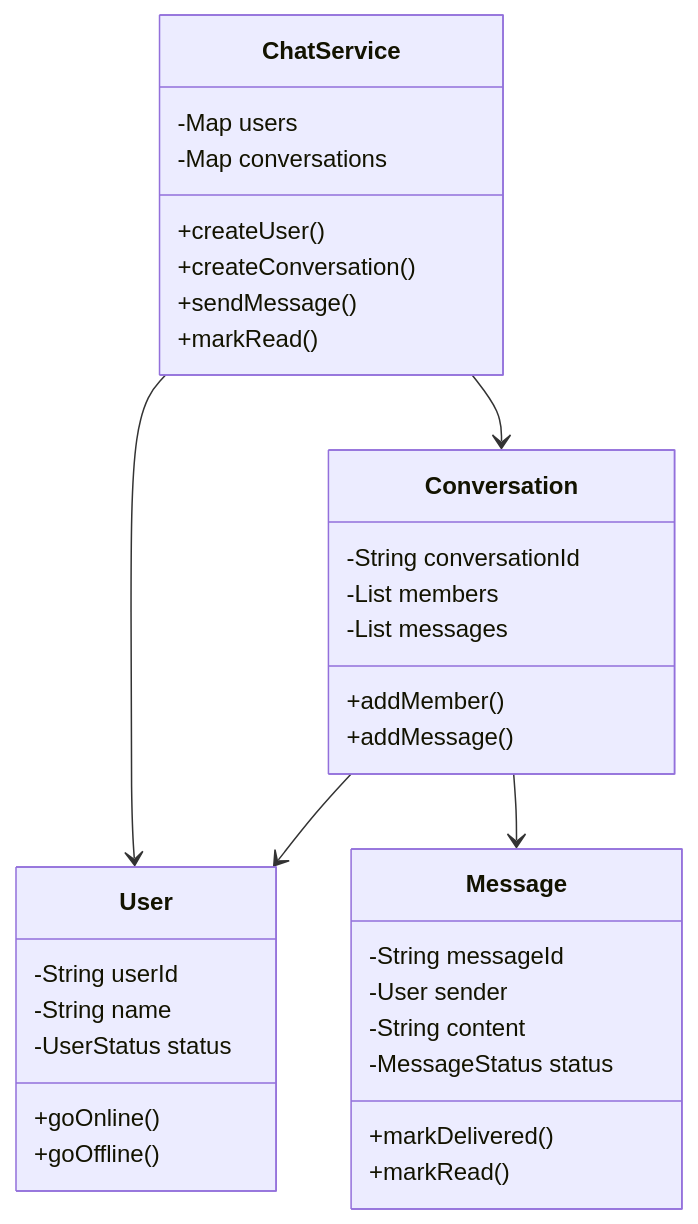
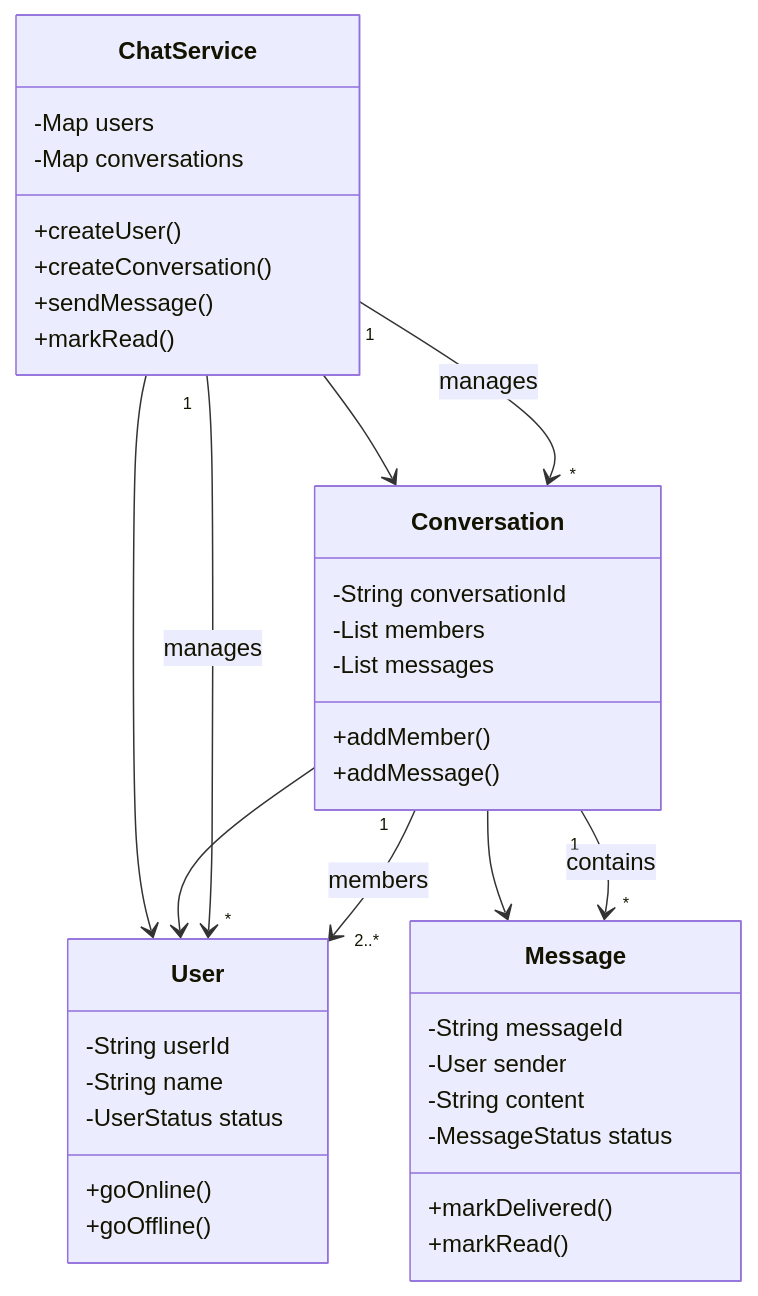
Diagram 12 of 19 in LLD_NOTES/lld_visual_java_reference_mermaid_full_implementation.md (mthaiseer/springcloud-systemdesign-notes), drawn with Mermaid before and after one commit. The commit also changed other lines of this file, not shown here.

````diff
--- a/LLD_NOTES/lld_visual_java_reference_mermaid_full_implementation.md
+++ b/LLD_NOTES/lld_visual_java_reference_mermaid_full_implementation.md
@@ -2296,37 +2659,42 @@
 ```mermaid
 classDiagram
   class ChatService {
     -Map users
     -Map conversations
     +createUser()
     +createConversation()
     +sendMessage()
     +markRead()
   }
   class User {
     -String userId
     -String name
     -UserStatus status
     +goOnline()
     +goOffline()
   }
   class Conversation {
     -String conversationId
     -List members
     -List messages
     +addMember()
     +addMessage()
   }
   class Message {
     -String messageId
     -User sender
     -String content
     -MessageStatus status
     +markDelivered()
     +markRead()
   }
   ChatService --> User
   ChatService --> Conversation
   Conversation --> User
   Conversation --> Message
+  %% Cardinality relationships
+  ChatService "1" --> "*" User : manages
+  ChatService "1" --> "*" Conversation : manages
+  Conversation "1" --> "2..*" User : members
+  Conversation "1" --> "*" Message : contains
 ```
````
